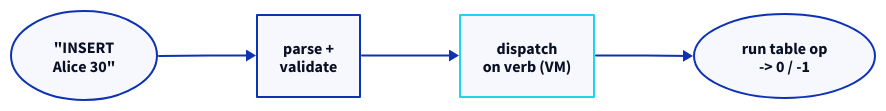
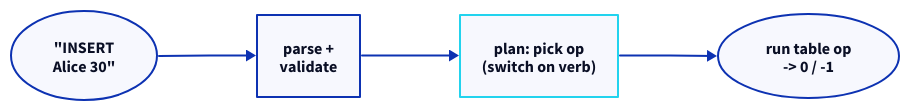
The second of 2 diagrams in courses/build-a-database-c.md (michael-duren/rubber-duck), drawn with D2 before and after one commit. The commit also changed other lines of this file and 29 other files, not shown here.

````diff
--- a/courses/build-a-database-c.md
+++ b/courses/build-a-database-c.md
@@ -2648,13 +2646,13 @@
 ```d2
 direction: right
 
 cmd: "\"INSERT\nAlice 30\"" { shape: oval }
 parse: "parse +\nvalidate"
-dispatch: "dispatch\non verb (VM)" {
+dispatch: "plan: pick op\n(switch on verb)" {
   style.stroke: "#22d3ee"
   style.stroke-width: 2
 }
 exec: "run table op\n-> 0 / -1" { shape: oval }
 
 cmd -> parse -> dispatch -> exec
 ```
````
